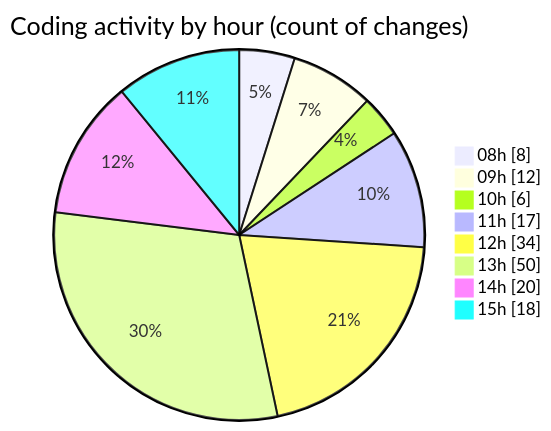
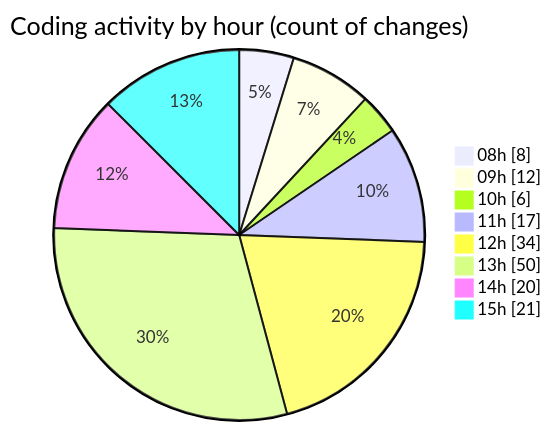
One commit to momahboobian/code-tracking changed the second of 2 diagrams in 2025-09-15/cda/README.md. Above: the diagram before and after it, drawn with Mermaid. The commit also changed other lines of this file and 1 other file, not shown here.

````diff
--- a/2025-09-15/cda/README.md
+++ b/2025-09-15/cda/README.md
@@ -35,12 +35,12 @@
 ```mermaid
 pie showData
 title Coding activity by hour (count of changes)
 "08h" : 8
 "09h" : 12
 "10h" : 6
 "11h" : 17
 "12h" : 34
 "13h" : 50
 "14h" : 20
-"15h" : 18
+"15h" : 21
 ```
````
